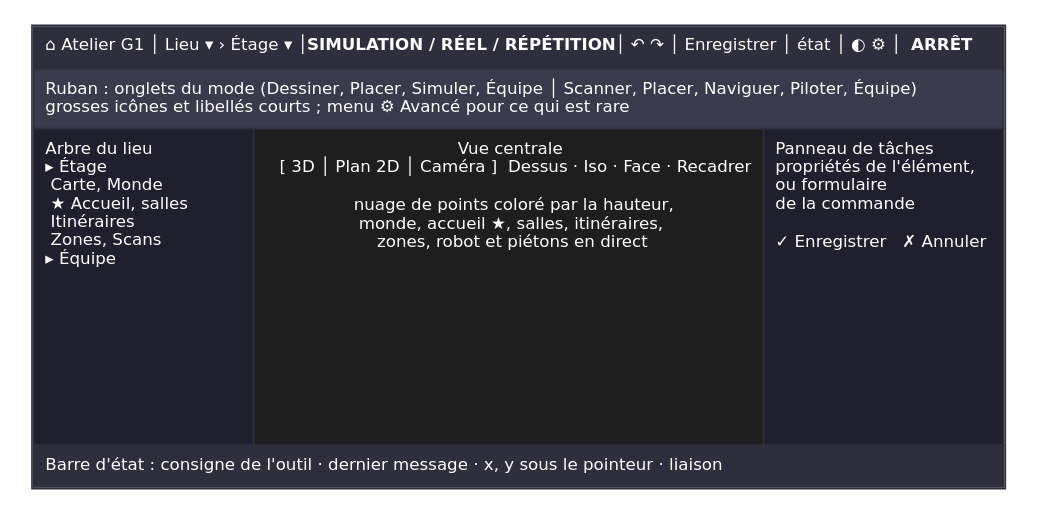
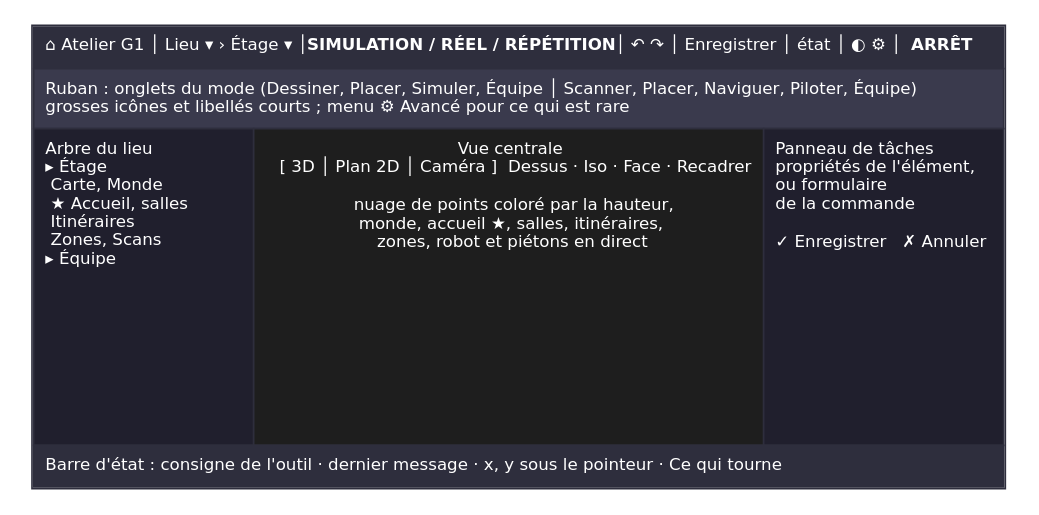
The diagram in docs/word/sources/logiciel/schemas/interface_coque.dot (Toyer719/UnitreeG1edu_ESME), drawn with Graphviz before and after one commit. The commit also changed 19 other files, not shown here.

```diff
--- a/docs/word/sources/logiciel/schemas/interface_coque.dot
+++ b/docs/word/sources/logiciel/schemas/interface_coque.dot
@@ -1,16 +1,16 @@
 // L'espace de travail de l'Atelier (chapitre 11)
 digraph interface_coque {
   graph [fontname="DejaVu Sans", fontsize=10, margin=0];
   node  [fontname="DejaVu Sans", fontsize=10, shape=plaintext];
   coque [label=<
   <TABLE BORDER="1" CELLBORDER="1" CELLSPACING="0" CELLPADDING="6" COLOR="#2E2E3D">
     <TR><TD COLSPAN="3" BGCOLOR="#2E2E3D" ALIGN="LEFT"><FONT COLOR="#FFFFFF">⌂ Atelier G1 │ Lieu ▾ › Étage ▾ │ <B>SIMULATION / RÉEL / RÉPÉTITION</B> │ ↶ ↷ │ Enregistrer │ état │ ◐ ⚙ │ </FONT><FONT COLOR="#FFFFFF"><B>  ARRÊT  </B></FONT></TD></TR>
     <TR><TD COLSPAN="3" BGCOLOR="#3A3A4D" ALIGN="LEFT"><FONT COLOR="#FFFFFF">Ruban : onglets du mode (Dessiner, Placer, Simuler, Équipe │ Scanner, Placer, Naviguer, Piloter, Équipe)<BR ALIGN="LEFT"/>grosses icônes et libellés courts ; menu ⚙ Avancé pour ce qui est rare<BR ALIGN="LEFT"/></FONT></TD></TR>
     <TR>
       <TD BGCOLOR="#201F2D" WIDTH="120" HEIGHT="190" VALIGN="TOP" ALIGN="LEFT"><FONT COLOR="#FFFFFF">Arbre du lieu<BR ALIGN="LEFT"/>▸ Étage<BR ALIGN="LEFT"/>  Carte, Monde<BR ALIGN="LEFT"/>  ★ Accueil, salles<BR ALIGN="LEFT"/>  Itinéraires<BR ALIGN="LEFT"/>  Zones, Scans<BR ALIGN="LEFT"/>▸ Équipe<BR ALIGN="LEFT"/></FONT></TD>
       <TD BGCOLOR="#1E1E1E" WIDTH="300" VALIGN="TOP"><FONT COLOR="#FFFFFF">Vue centrale<BR/>[ 3D │ Plan 2D │ Caméra ]  Dessus · Iso · Face · Recadrer<BR/><BR/>nuage de points coloré par la hauteur,<BR/>monde, accueil ★, salles, itinéraires,<BR/>zones, robot et piétons en direct</FONT></TD>
       <TD BGCOLOR="#201F2D" WIDTH="130" VALIGN="TOP" ALIGN="LEFT"><FONT COLOR="#FFFFFF">Panneau de tâches<BR ALIGN="LEFT"/>propriétés de l'élément,<BR ALIGN="LEFT"/>ou formulaire<BR ALIGN="LEFT"/>de la commande<BR ALIGN="LEFT"/><BR ALIGN="LEFT"/>✓ Enregistrer   ✗ Annuler<BR ALIGN="LEFT"/></FONT></TD>
     </TR>
-    <TR><TD COLSPAN="3" BGCOLOR="#2E2E3D" ALIGN="LEFT"><FONT COLOR="#FFFFFF">Barre d'état : consigne de l'outil · dernier message · x, y sous le pointeur · liaison</FONT></TD></TR>
+    <TR><TD COLSPAN="3" BGCOLOR="#2E2E3D" ALIGN="LEFT"><FONT COLOR="#FFFFFF">Barre d'état : consigne de l'outil · dernier message · x, y sous le pointeur · Ce qui tourne</FONT></TD></TR>
   </TABLE>>];
 }
```
